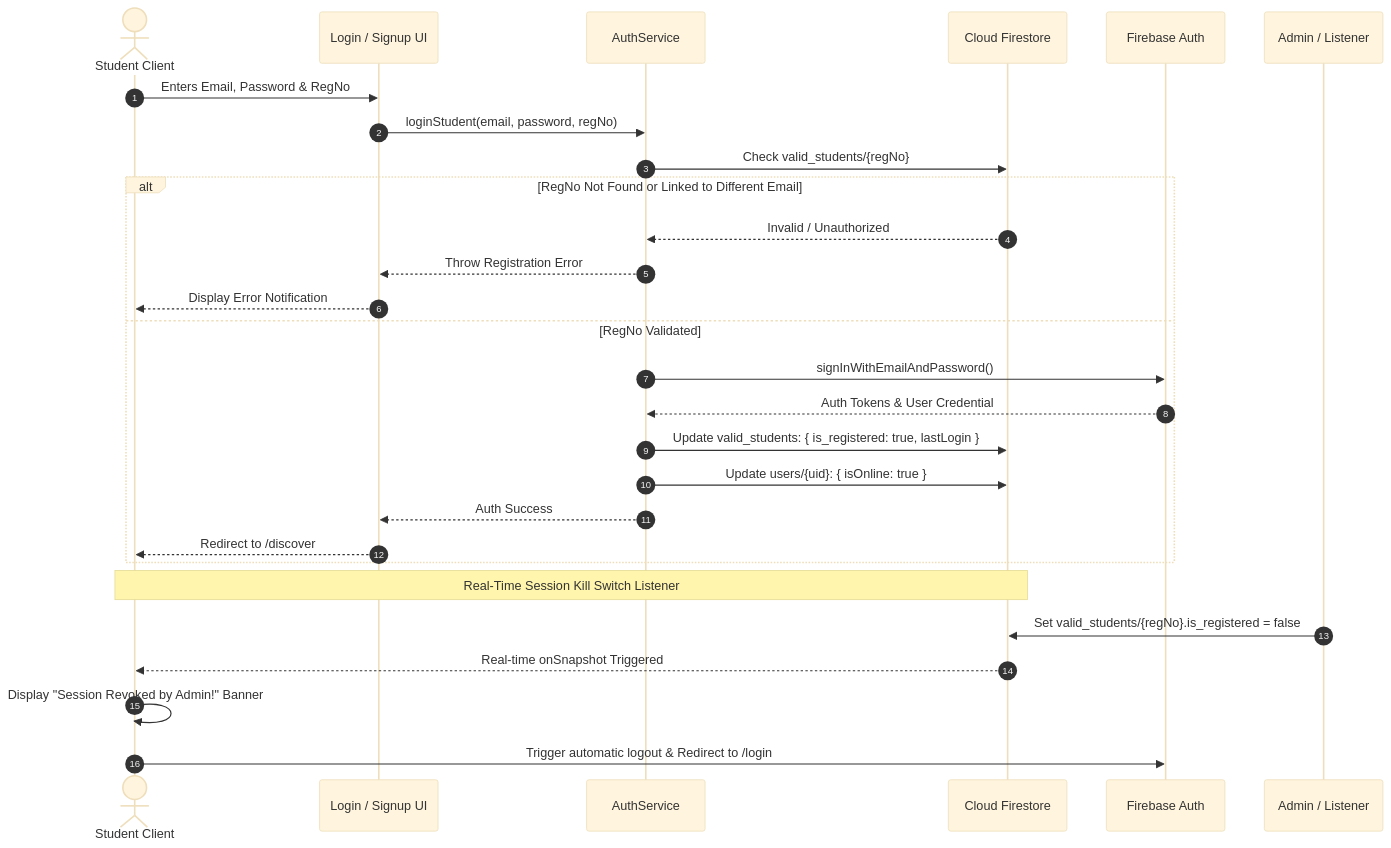
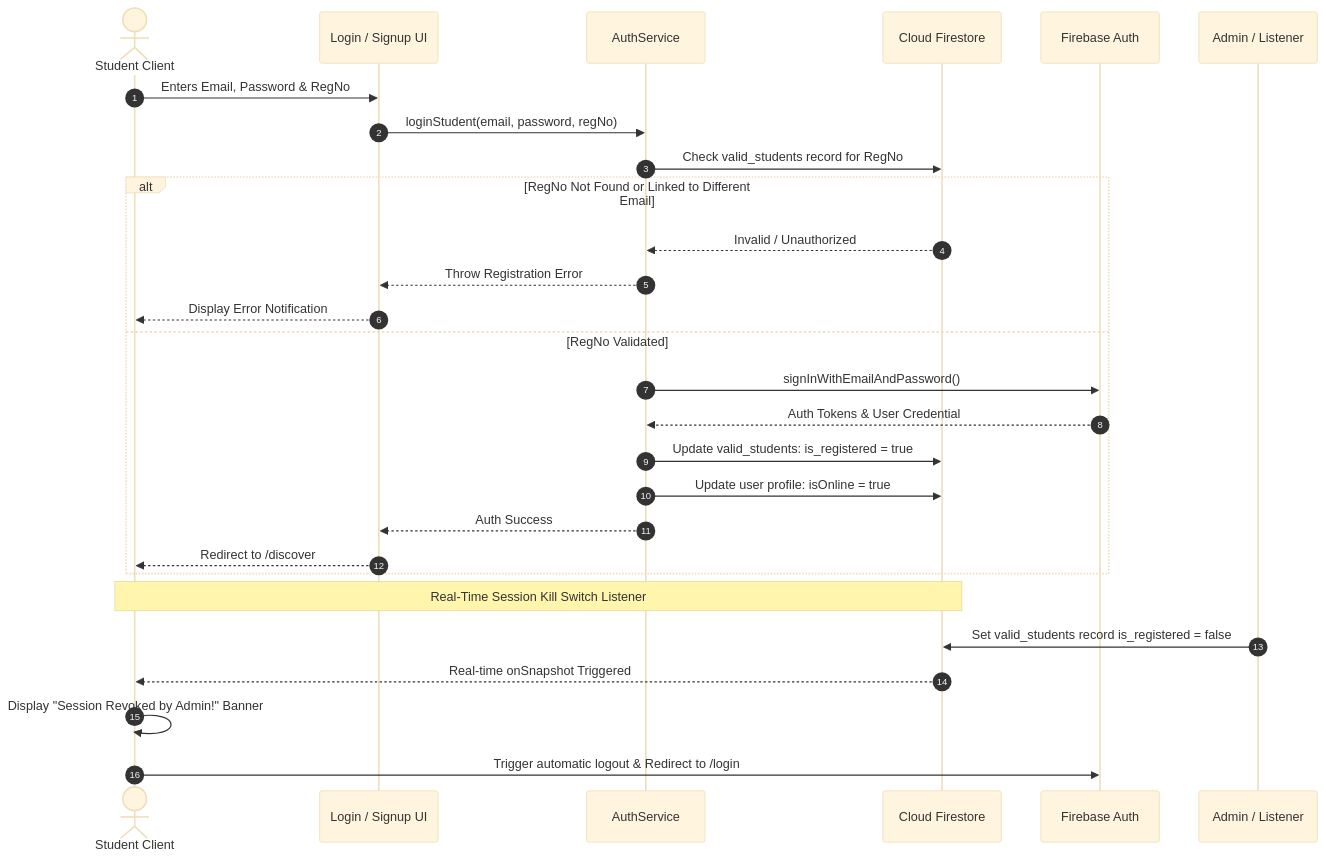
One commit to The-Blue-Pheonix/campusConnect changed the second of 3 diagrams in README.md. Above: the diagram before and after it, drawn with Mermaid (base theme). The commit also changed other lines of this file, not shown here.

Commit message:
docs: update Mermaid diagrams with improved node labeling and refined flow descriptions

````diff
--- a/README.md
+++ b/README.md
@@ -95,33 +95,33 @@
 ```mermaid
 sequenceDiagram
     autonumber
     actor Student as Student Client
     participant AuthUI as Login / Signup UI
     participant Service as AuthService
     participant Firestore as Cloud Firestore
     participant FBAuth as Firebase Auth
     participant Admin as Admin / Listener
 
     Student->>AuthUI: Enters Email, Password & RegNo
     AuthUI->>Service: loginStudent(email, password, regNo)
-    Service->>Firestore: Check valid_students/{regNo}
+    Service->>Firestore: Check valid_students record for RegNo
     
     alt RegNo Not Found or Linked to Different Email
         Firestore-->>Service: Invalid / Unauthorized
         Service-->>AuthUI: Throw Registration Error
         AuthUI-->>Student: Display Error Notification
     else RegNo Validated
         Service->>FBAuth: signInWithEmailAndPassword()
         FBAuth-->>Service: Auth Tokens & User Credential
-        Service->>Firestore: Update valid_students: { is_registered: true, lastLogin }
-        Service->>Firestore: Update users/{uid}: { isOnline: true }
+        Service->>Firestore: Update valid_students: is_registered = true
+        Service->>Firestore: Update user profile: isOnline = true
         Service-->>AuthUI: Auth Success
         AuthUI-->>Student: Redirect to /discover
     end
 
     note over Student, Firestore: Real-Time Session Kill Switch Listener
-    Admin->>Firestore: Set valid_students/{regNo}.is_registered = false
+    Admin->>Firestore: Set valid_students record is_registered = false
     Firestore-->>Student: Real-time onSnapshot Triggered
     Student->>Student: Display "Session Revoked by Admin!" Banner
     Student->>FBAuth: Trigger automatic logout & Redirect to /login
 ```
````
